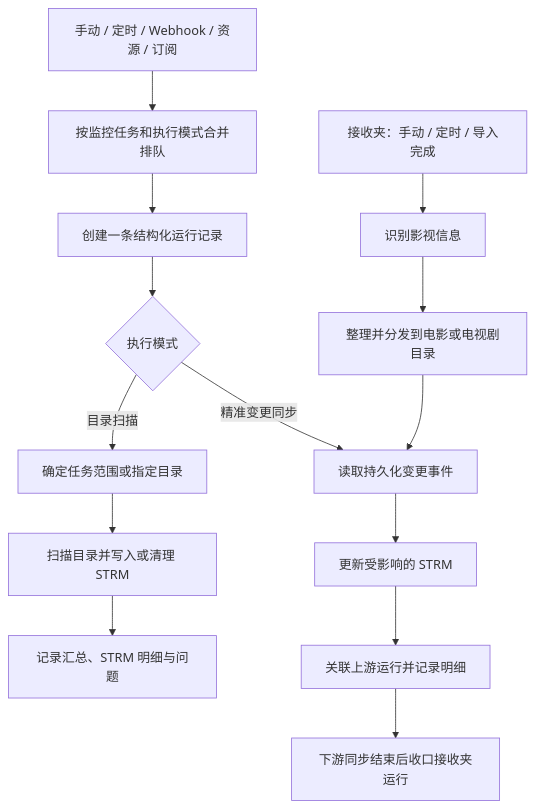
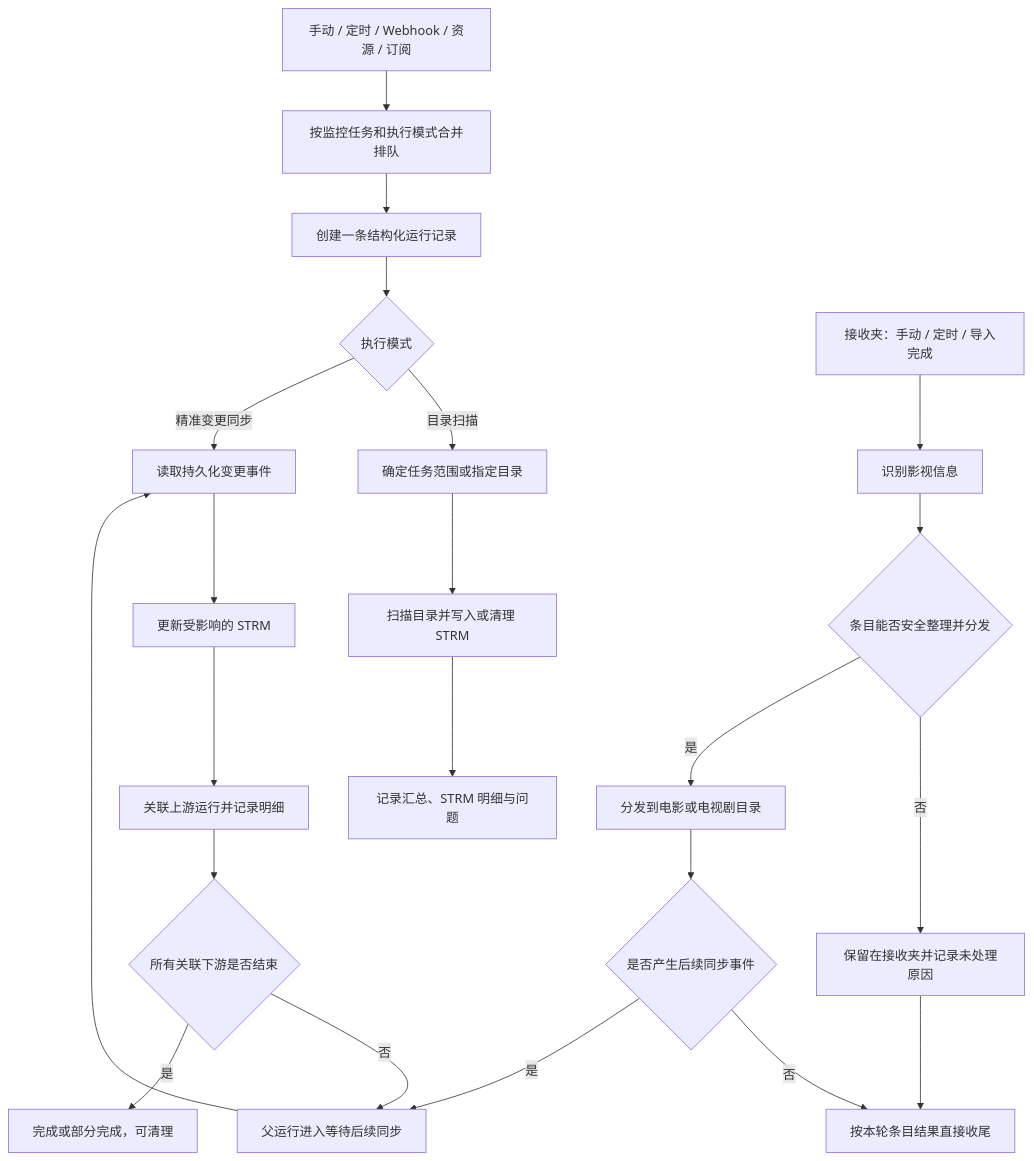
Before and after one commit to xianer235/115-media-hub: the diagram in docs/superpowers/plans/2026-09-23-monitor-run-records.md, drawn with Mermaid. The commit also changed other lines of this file and 26 other files, not shown here.

````diff
--- a/docs/superpowers/plans/2026-09-23-monitor-run-records.md
+++ b/docs/superpowers/plans/2026-09-23-monitor-run-records.md
@@ -5,16 +5,24 @@
 ```mermaid
 flowchart TD
     A[手动 / 定时 / Webhook / 资源 / 订阅] --> B[按监控任务和执行模式合并排队]
     B --> C[创建一条结构化运行记录]
     C --> D{执行模式}
     D -->|目录扫描| E[确定任务范围或指定目录]
     E --> F[扫描目录并写入或清理 STRM]
     F --> G[记录汇总、STRM 明细与问题]
     D -->|精准变更同步| H[读取持久化变更事件]
     H --> I[更新受影响的 STRM]
     I --> J[关联上游运行并记录明细]
     K[接收夹：手动 / 定时 / 导入完成] --> L[识别影视信息]
-    L --> M[整理并分发到电影或电视剧目录]
-    M --> H
-    J --> N[下游同步结束后收口接收夹运行]
+    L --> M{条目能否安全整理并分发}
+    M -->|否| N[保留在接收夹并记录未处理原因]
+    M -->|是| O[分发到电影或电视剧目录]
+    O --> P{是否产生后续同步事件}
+    P -->|否| Q[按本轮条目结果直接收尾]
+    P -->|是| R[父运行进入等待后续同步]
+    R --> H
+    J --> S{所有关联下游是否结束}
+    S -->|否| R
+    S -->|是| T[完成或部分完成，可清理]
+    N --> Q
 ```
````
